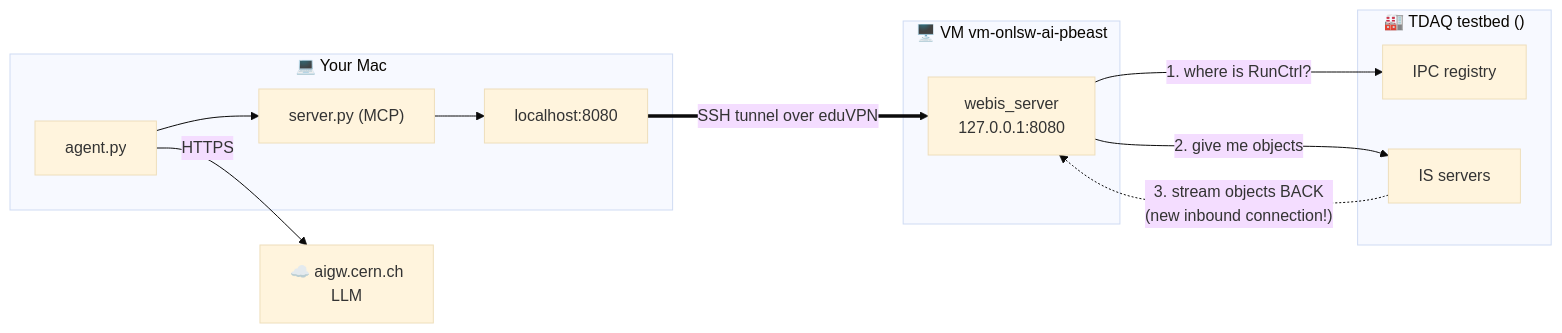
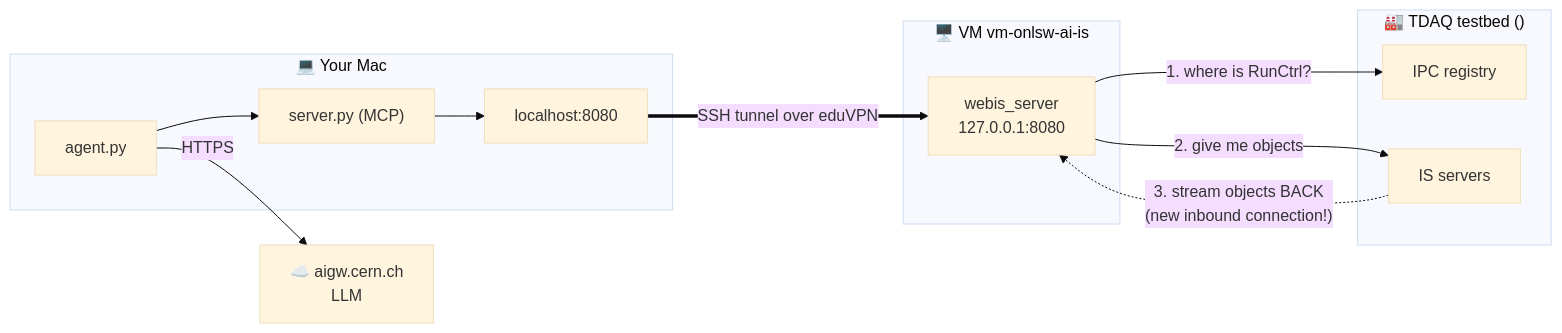
One commit to nirajkark/atlas-agent changed the sixth of 13 diagrams in docs/DAQ-Projects-Architecture-Guide.md. Above: the diagram before and after it, drawn with Mermaid (base theme). The commit also changed other lines of this file and 3 other files, not shown here.

````diff
--- a/docs/DAQ-Projects-Architecture-Guide.md
+++ b/docs/DAQ-Projects-Architecture-Guide.md
@@ -264,19 +270,19 @@
 ```mermaid
 flowchart LR
     subgraph Mac["💻 Your Mac"]
         AG["agent.py"] --> MS["server.py (MCP)"]
         MS --> L["localhost:8080"]
     end
-    subgraph VM["🖥️ VM vm-onlsw-ai-pbeast"]
+    subgraph VM["🖥️ VM vm-onlsw-ai-is"]
         WS["webis_server<br/>127.0.0.1:8080"]
     end
     subgraph TB["🏭 TDAQ testbed (<testbed-private-range>)"]
         IPC["IPC registry<br/><testbed-ipc-host>"]
         ISS["IS servers<br/><testbed-host>"]
     end
     L == "SSH tunnel over eduVPN" ==> WS
     WS -- "1. where is RunCtrl?" --> IPC
     WS -- "2. give me objects" --> ISS
     ISS -. "3. stream objects BACK<br/>(new inbound connection!)" .-> WS
     AG -- "HTTPS" --> GW["☁️ aigw.cern.ch<br/>LLM"]
 ```
````
